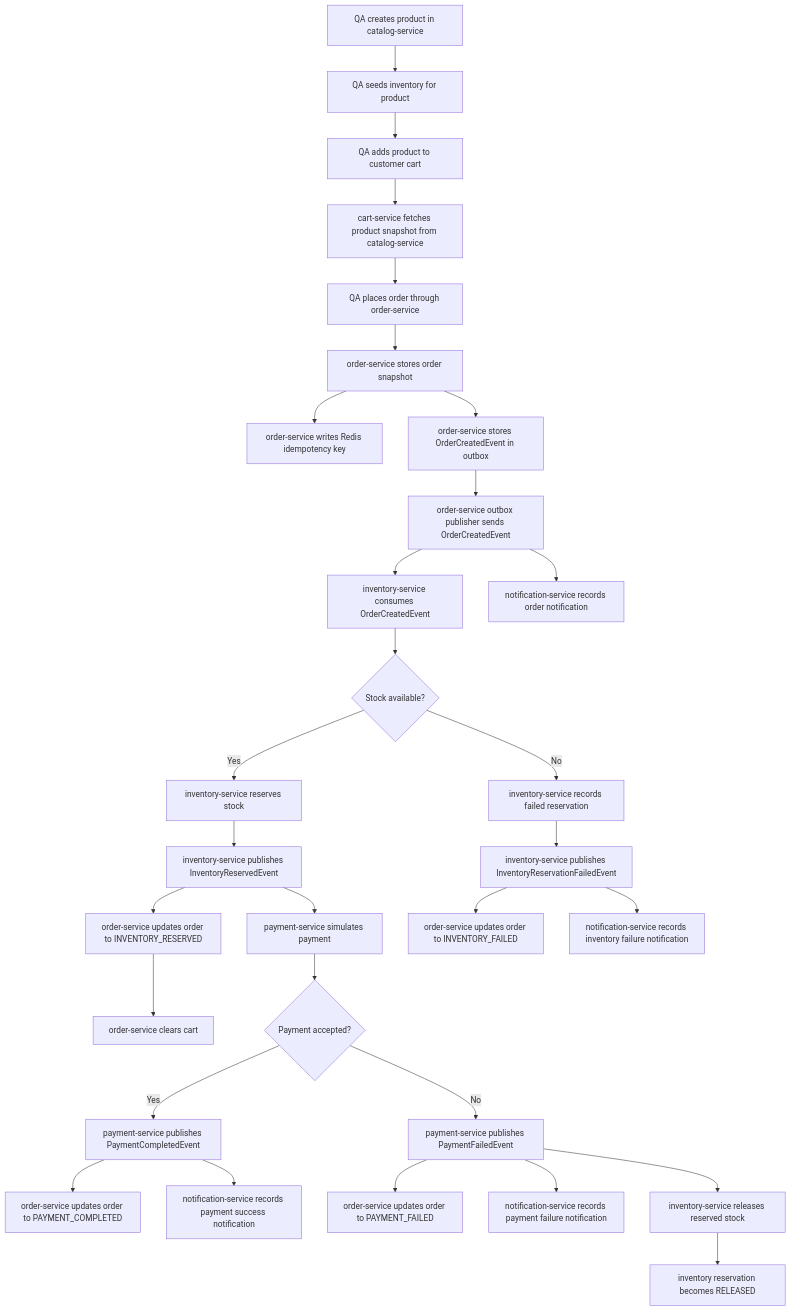
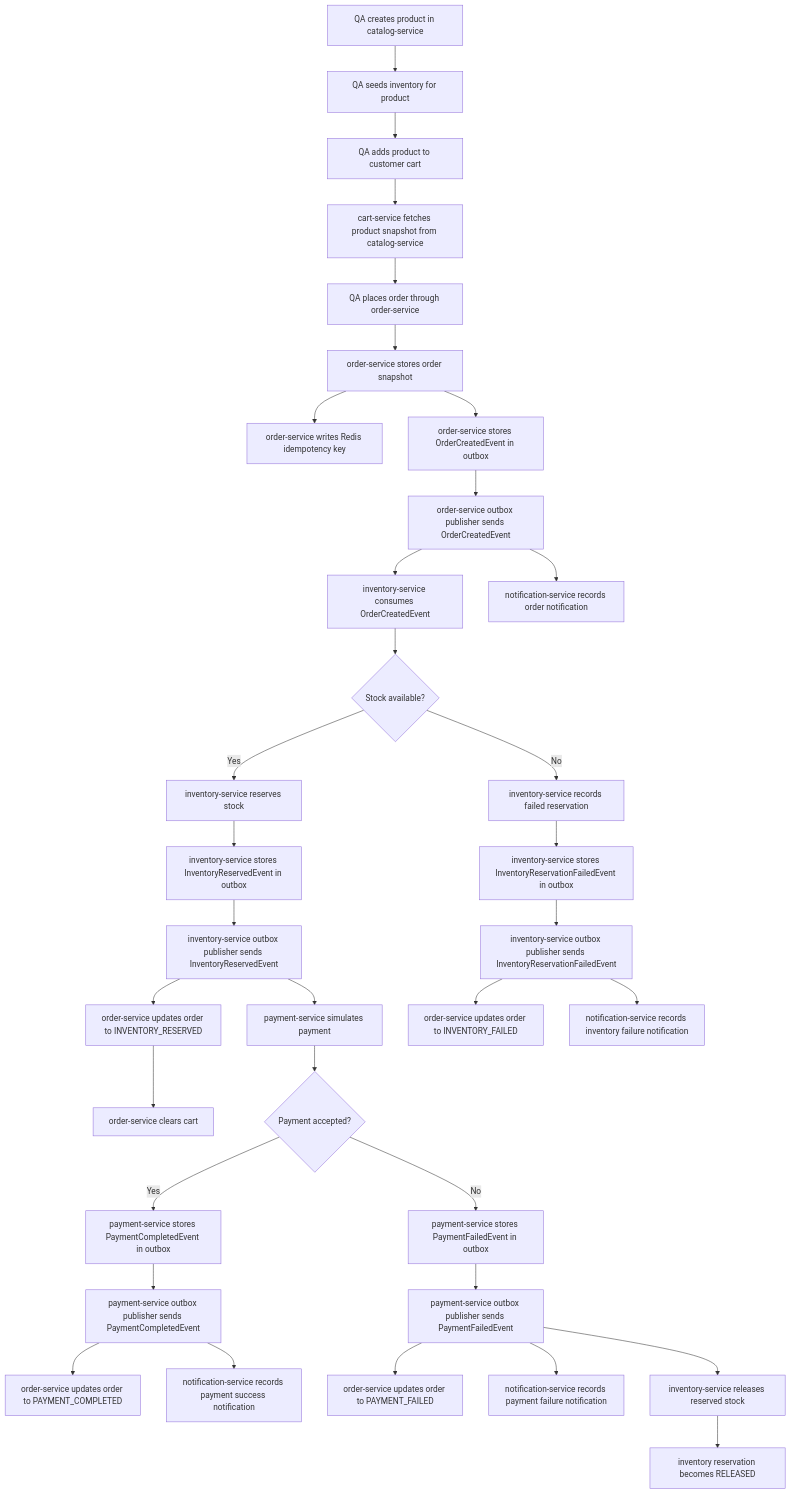
One commit to amttmr/EventCart changed the diagram in docs/10-qa-application-flow.md. Above: the diagram before and after it, drawn with Mermaid. The commit also changed other lines of this file and 105 other files, not shown here.

````diff
--- a/docs/10-qa-application-flow.md
+++ b/docs/10-qa-application-flow.md
@@ -55,32 +61,36 @@
 ```mermaid
 flowchart TD
     A["QA creates product in catalog-service"] --> B["QA seeds inventory for product"]
     B --> C["QA adds product to customer cart"]
     C --> D["cart-service fetches product snapshot from catalog-service"]
     D --> E["QA places order through order-service"]
     E --> F["order-service stores order snapshot"]
     F --> G["order-service writes Redis idempotency key"]
     F --> H["order-service stores OrderCreatedEvent in outbox"]
     H --> Z1["order-service outbox publisher sends OrderCreatedEvent"]
     Z1 --> I["inventory-service consumes OrderCreatedEvent"]
     Z1 --> Z2["notification-service records order notification"]
     I --> J{"Stock available?"}
     J -->|Yes| K["inventory-service reserves stock"]
     J -->|No| L["inventory-service records failed reservation"]
-    K --> M["inventory-service publishes InventoryReservedEvent"]
-    L --> N["inventory-service publishes InventoryReservationFailedEvent"]
+    K --> M1["inventory-service stores InventoryReservedEvent in outbox"]
+    L --> N1["inventory-service stores InventoryReservationFailedEvent in outbox"]
+    M1 --> M["inventory-service outbox publisher sends InventoryReservedEvent"]
+    N1 --> N["inventory-service outbox publisher sends InventoryReservationFailedEvent"]
     M --> O["order-service updates order to INVENTORY_RESERVED"]
     O --> P["order-service clears cart"]
     M --> R["payment-service simulates payment"]
     R --> S{"Payment accepted?"}
-    S -->|Yes| T["payment-service publishes PaymentCompletedEvent"]
-    S -->|No| U["payment-service publishes PaymentFailedEvent"]
+    S -->|Yes| T1["payment-service stores PaymentCompletedEvent in outbox"]
+    S -->|No| U1["payment-service stores PaymentFailedEvent in outbox"]
+    T1 --> T["payment-service outbox publisher sends PaymentCompletedEvent"]
+    U1 --> U["payment-service outbox publisher sends PaymentFailedEvent"]
     T --> V["order-service updates order to PAYMENT_COMPLETED"]
     T --> Z3["notification-service records payment success notification"]
     U --> W["order-service updates order to PAYMENT_FAILED"]
     U --> Z4["notification-service records payment failure notification"]
     U --> X["inventory-service releases reserved stock"]
     X --> Y["inventory reservation becomes RELEASED"]
     N --> Q["order-service updates order to INVENTORY_FAILED"]
     N --> Z5["notification-service records inventory failure notification"]
 ```
````
